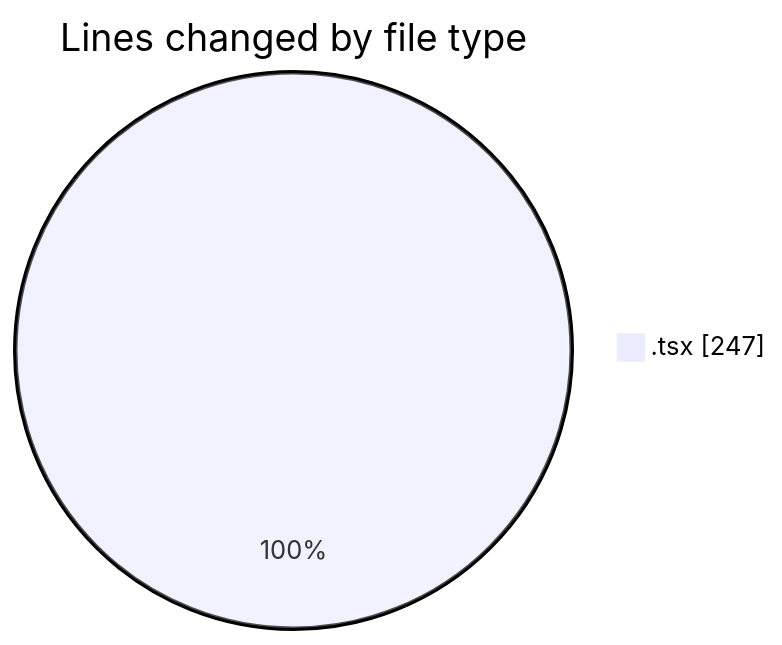
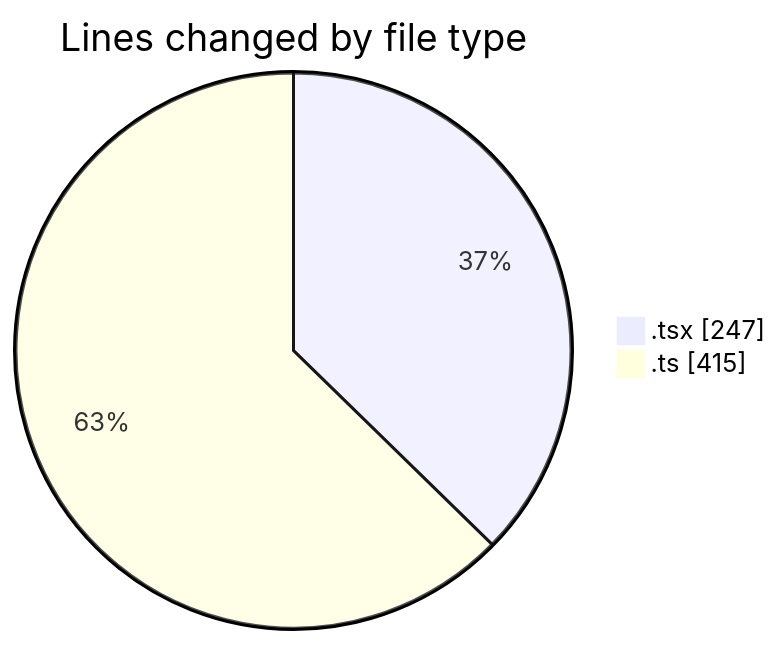
Before and after one commit to momahboobian/code-tracking: the first of 2 diagrams in 2025-10-21/cda/README.md, drawn with Mermaid. The commit also changed other lines of this file and 1 other file, not shown here.

````diff
--- a/2025-10-21/cda/README.md
+++ b/2025-10-21/cda/README.md
@@ -21,5 +22,6 @@
 ```mermaid
 pie showData
 title Lines changed by file type
 ".tsx" : 247
+".ts" : 415
 ```
````
